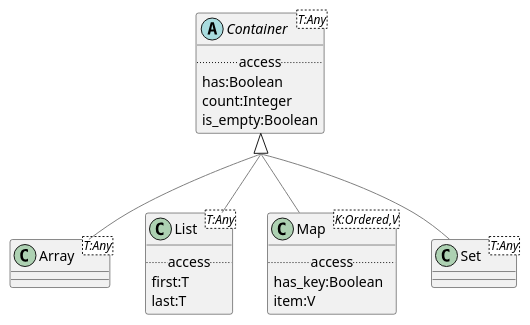
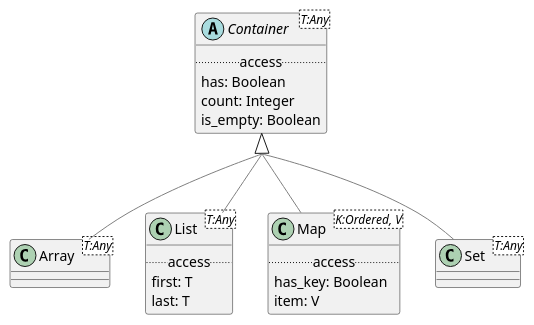
One commit to wolandscat/openehr-doc changed the diagram in modules/ROOT/examples/bmm/representation/builtin_types/structures/structures-package-uml.adoc. Above: the diagram before and after it, drawn with PlantUML. The commit also changed 293 other files, not shown here.

Commit message:
Regen with tweaks to UML output and correct metatypes for nested generics.

```diff
--- a/modules/ROOT/examples/bmm/representation/builtin_types/structures/structures-package-uml.adoc
+++ b/modules/ROOT/examples/bmm/representation/builtin_types/structures/structures-package-uml.adoc
@@ -3,45 +3,45 @@
 [plantuml,opts=interactive,link=self]
 ....
 skinparam groupInheritance 2
 skinparam citedClassColor #FDFDFD
 
 
 class Array<T:Any> [[/openehr-doc/latest/representation/builtin_types-gen.html#_class_array]] {
 }
 
 Array -[#gray]up-|> Container  
 
 
-abstract class Container<T:Any> [[/openehr-doc/latest/representation/builtin_types-gen.html#_class_container]] {
-        .. access ..
-        has:Boolean
-        count:Integer
-        is_empty:Boolean
-}
-
-
 class List<T:Any> [[/openehr-doc/latest/representation/builtin_types-gen.html#_class_list]] {
         .. access ..
-        first:T
-        last:T
+        first: T
+        last: T
 }
 
 List -[#gray]up-|> Container  
 
 
-class Map<K:Ordered,V> [[/openehr-doc/latest/representation/builtin_types-gen.html#_class_map]] {
+class Map<K:Ordered, V> [[/openehr-doc/latest/representation/builtin_types-gen.html#_class_map]] {
         .. access ..
-        has_key:Boolean
-        item:V
+        has_key: Boolean
+        item: V
 }
 
 Map -[#gray]up-|> Container  
+
+
+abstract class Container<T:Any> [[/openehr-doc/latest/representation/builtin_types-gen.html#_class_container]] {
+        .. access ..
+        has: Boolean
+        count: Integer
+        is_empty: Boolean
+}
 
 
 class Set<T:Any> [[/openehr-doc/latest/representation/builtin_types-gen.html#_class_set]] {
 }
 
 Set -[#gray]up-|> Container  
 
 
 ....
```
